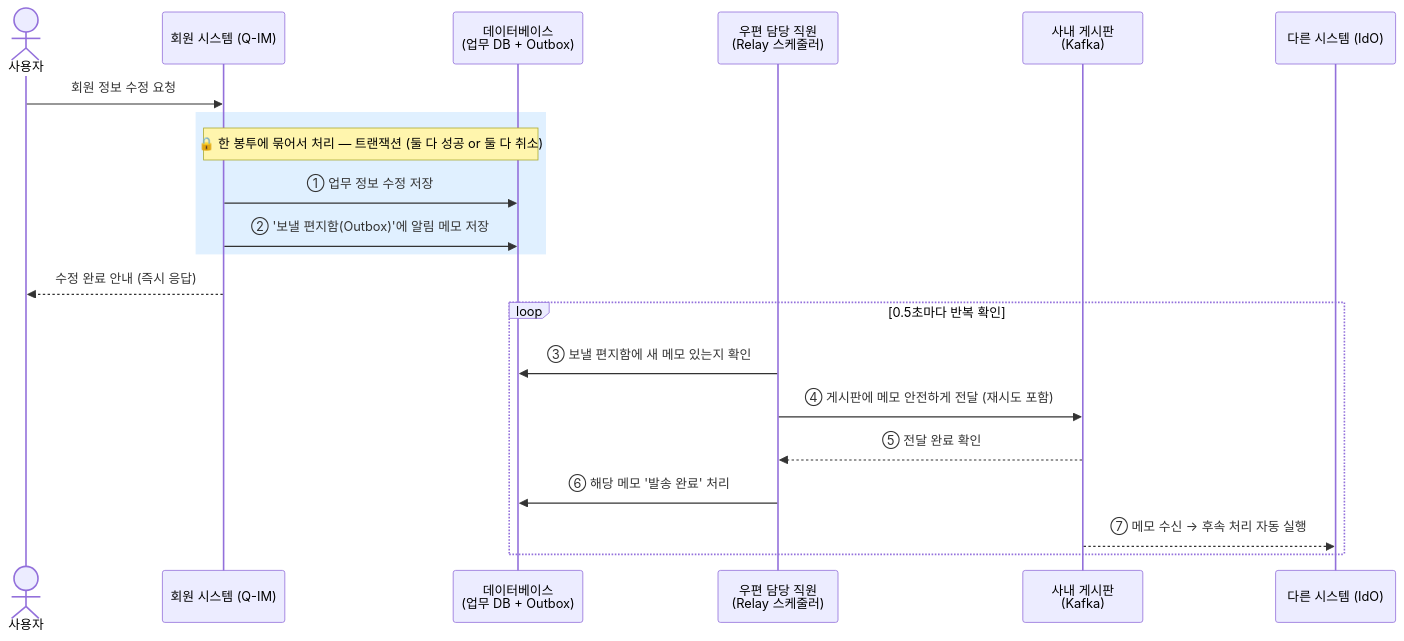
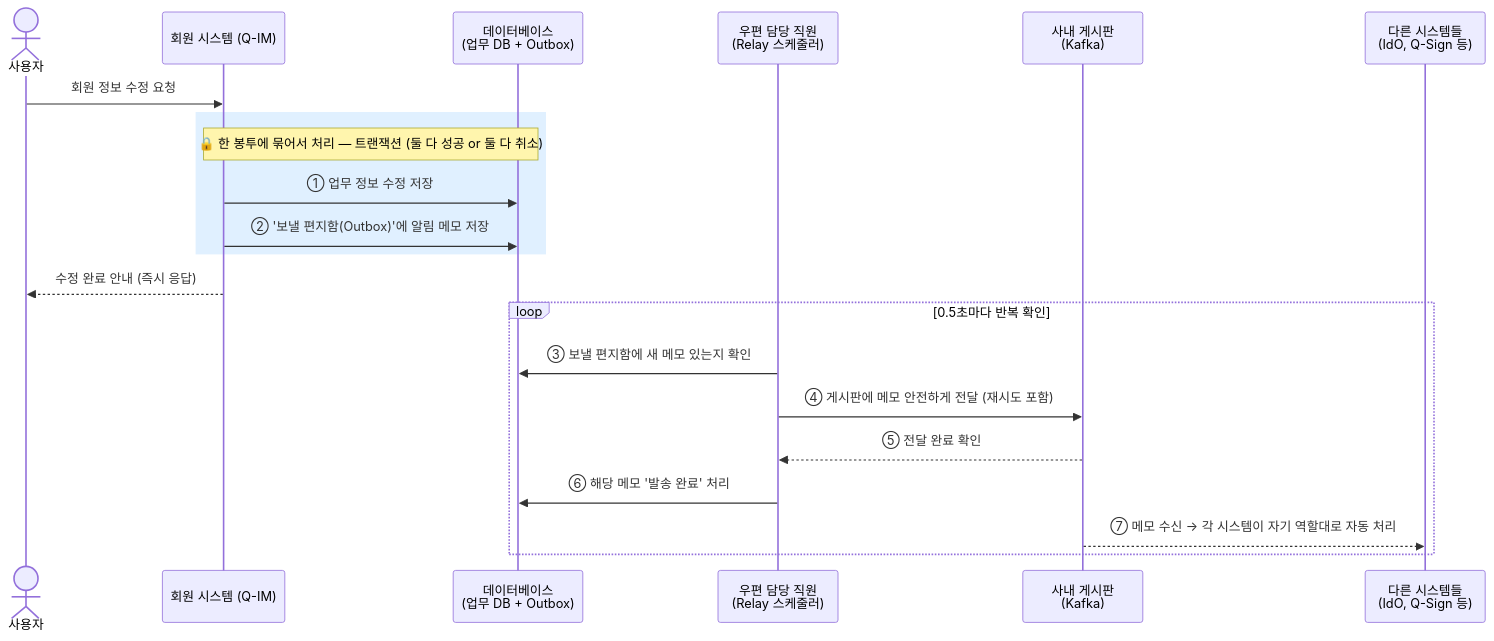
Before and after one commit to HipsterMIN/integration-sso: the second of 10 diagrams in docs/kafka_easy_guide_for_managers.md, drawn with Mermaid. The commit also changed other lines of this file, not shown here.

First line of the commit message:
docs: kafka 사무관용 가이드에 다이어그램 독해 보충 설명 추가

````diff
--- a/docs/kafka_easy_guide_for_managers.md
+++ b/docs/kafka_easy_guide_for_managers.md
@@ -45,27 +45,27 @@
 ```mermaid
 sequenceDiagram
     actor 사용자
     participant SYS as 회원 시스템 (Q-IM)
     participant DB as 데이터베이스<br/>(업무 DB + Outbox)
     participant RELAY as 우편 담당 직원<br/>(Relay 스케줄러)
     participant KAFKA as 사내 게시판<br/>(Kafka)
-    participant IDO as 다른 시스템 (IdO)
+    participant IDO as 다른 시스템들<br/>(IdO, Q-Sign 등)
 
     사용자->>SYS: 회원 정보 수정 요청
 
     rect rgb(224, 240, 255)
         note over SYS,DB: 🔒 한 봉투에 묶어서 처리 — 트랜잭션 (둘 다 성공 or 둘 다 취소)
         SYS->>DB: ① 업무 정보 수정 저장
         SYS->>DB: ② '보낼 편지함(Outbox)'에 알림 메모 저장
     end
 
     SYS-->>사용자: 수정 완료 안내 (즉시 응답)
 
     loop 0.5초마다 반복 확인
         RELAY->>DB: ③ 보낼 편지함에 새 메모 있는지 확인
         RELAY->>KAFKA: ④ 게시판에 메모 안전하게 전달 (재시도 포함)
         KAFKA-->>RELAY: ⑤ 전달 완료 확인
         RELAY->>DB: ⑥ 해당 메모 '발송 완료' 처리
-        KAFKA-->>IDO: ⑦ 메모 수신 → 후속 처리 자동 실행
+        KAFKA-->>IDO: ⑦ 메모 수신 → 각 시스템이 자기 역할대로 자동 처리
     end
 ```
````
